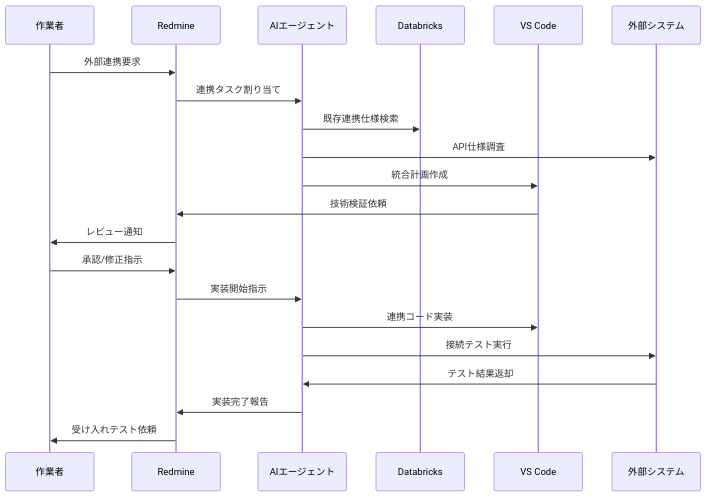
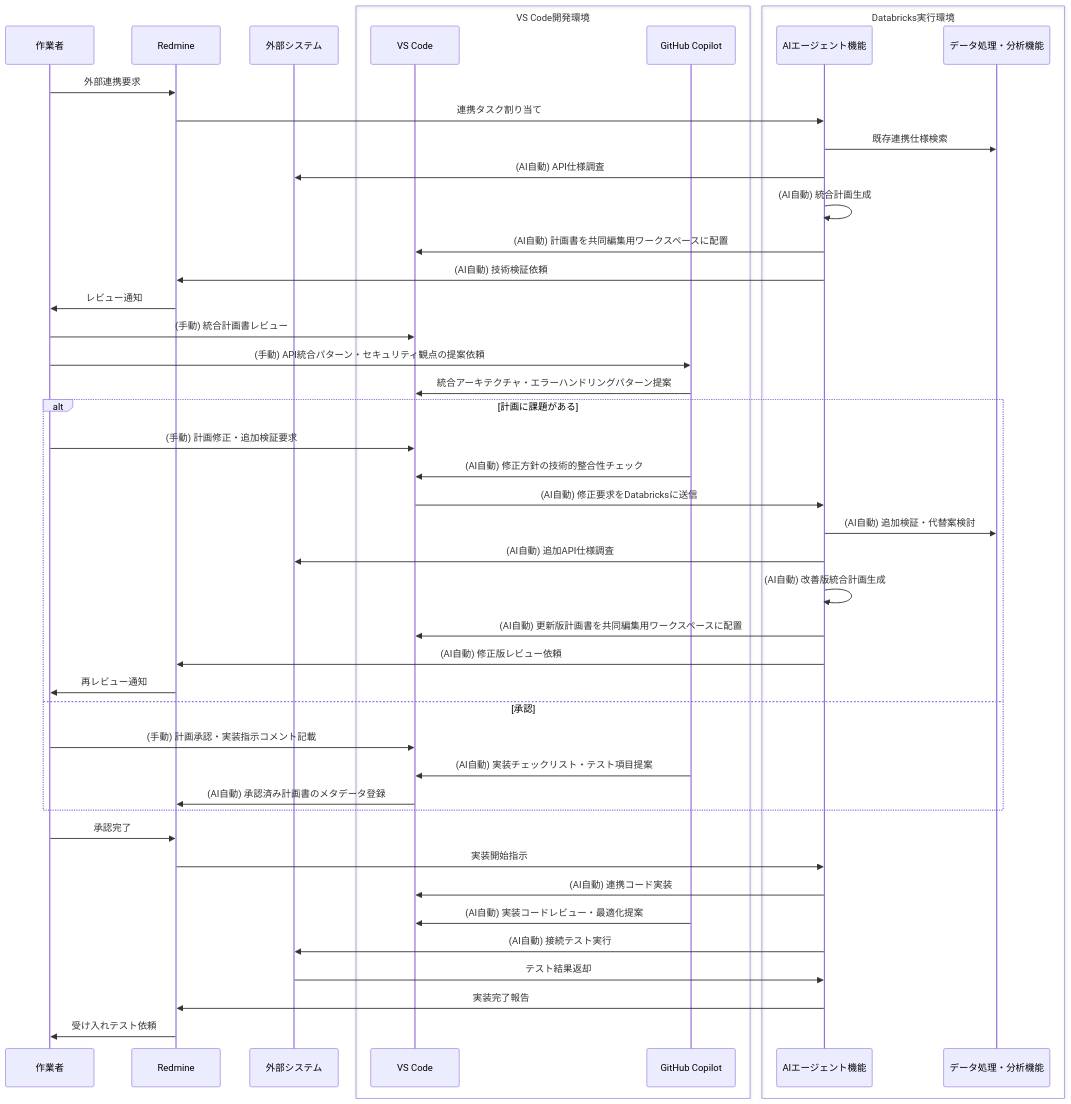
One commit to daichiTAAA/AgentOpsPlatform changed diagram 12 of 34 in docs/02000_要件定義/02100_要件定義書.md. Above: the diagram before and after it, drawn with Mermaid. The commit also changed other lines of this file, not shown here.

````diff
--- a/docs/02000_要件定義/02100_要件定義書.md
+++ b/docs/02000_要件定義/02100_要件定義書.md
@@ -310,24 +453,51 @@
 ```mermaid
 sequenceDiagram
     participant W as 作業者
     participant R as Redmine
-    participant A as AIエージェント
-    participant D as Databricks
-    participant V as VS Code
     participant E as 外部システム
+    
+    box VS Code開発環境
+        participant V as VS Code
+        participant C as GitHub Copilot
+    end
+    
+    box Databricks実行環境
+        participant A as AIエージェント機能
+        participant D as データ処理・分析機能
+    end
     
     W->>R: 外部連携要求
     R->>A: 連携タスク割り当て
     A->>D: 既存連携仕様検索
-    A->>E: API仕様調査
-    A->>V: 統合計画作成
-    V->>R: 技術検証依頼
+    A->>E: (AI自動) API仕様調査
+    A->>A: (AI自動) 統合計画生成
+    A->>V: (AI自動) 計画書を共同編集用ワークスペースに配置
+    A->>R: (AI自動) 技術検証依頼
     R->>W: レビュー通知
-    W->>R: 承認/修正指示
+    W->>V: (手動) 統合計画書レビュー
+    W->>C: (手動) API統合パターン・セキュリティ観点の提案依頼
+    C->>V: 統合アーキテクチャ・エラーハンドリングパターン提案
+    alt 計画に課題がある
+        W->>V: (手動) 計画修正・追加検証要求
+        C->>V: (AI自動) 修正方針の技術的整合性チェック
+        V->>A: (AI自動) 修正要求をDatabricksに送信
+        A->>D: (AI自動) 追加検証・代替案検討
+        A->>E: (AI自動) 追加API仕様調査
+        A->>A: (AI自動) 改善版統合計画生成
+        A->>V: (AI自動) 更新版計画書を共同編集用ワークスペースに配置
+        A->>R: (AI自動) 修正版レビュー依頼
+        R->>W: 再レビュー通知
+    else 承認
+        W->>V: (手動) 計画承認・実装指示コメント記載
+        C->>V: (AI自動) 実装チェックリスト・テスト項目提案
+        V->>R: (AI自動) 承認済み計画書のメタデータ登録
+    end
+    W->>R: 承認完了
     R->>A: 実装開始指示
-    A->>V: 連携コード実装
-    A->>E: 接続テスト実行
+    A->>V: (AI自動) 連携コード実装
+    C->>V: (AI自動) 実装コードレビュー・最適化提案
+    A->>E: (AI自動) 接続テスト実行
     E->>A: テスト結果返却
     A->>R: 実装完了報告
     R->>W: 受け入れテスト依頼
 ```
````
